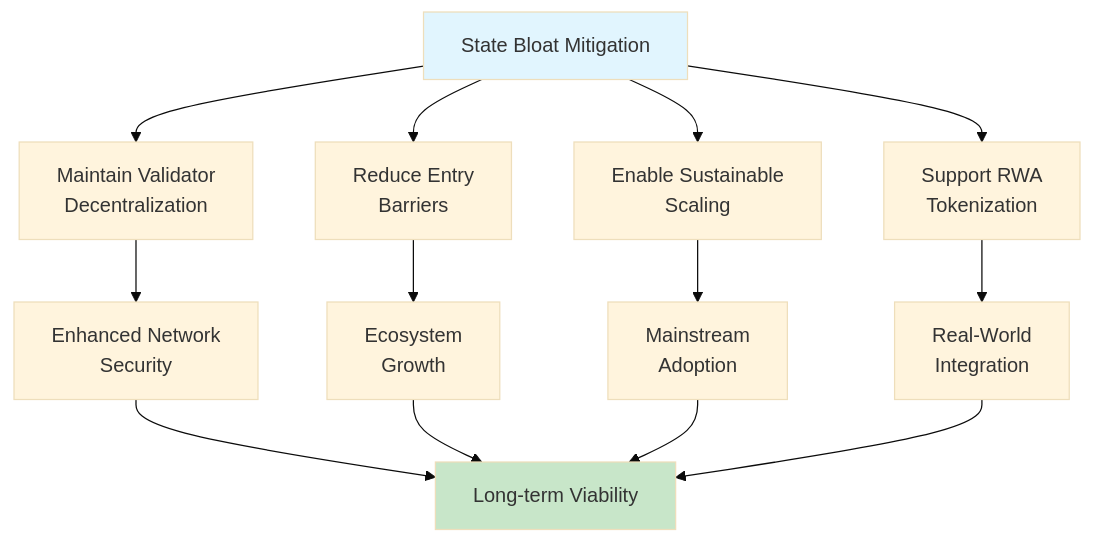
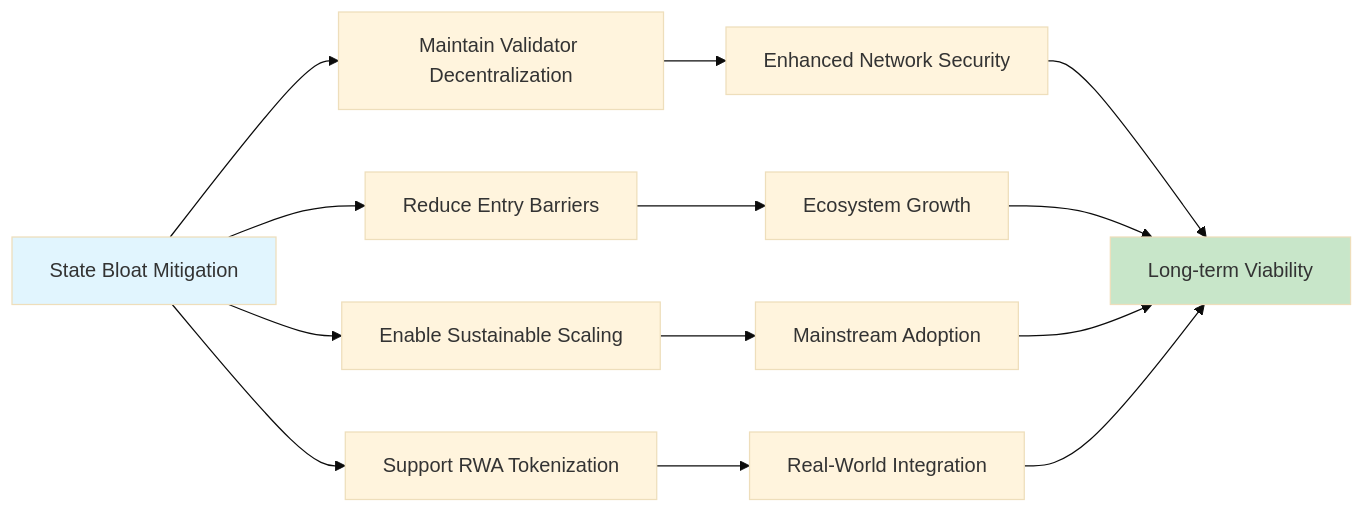
Before and after one commit to manolaz/solana-states-bloat: the ninth of 9 diagrams in README.md, drawn with Mermaid (base theme). The commit also changed other lines of this file, not shown here.

Commit message:
Refactor mermaid diagrams in README.md for improved clarity and consistency in titles and flow direction

````diff
--- a/README.md
+++ b/README.md
@@ -554,20 +554,20 @@
 ```mermaid
-flowchart TD
-    A[State Bloat Mitigation] --> B[Maintain Validator<br/>Decentralization]
-    A --> C[Reduce Entry<br/>Barriers]
-    A --> D[Enable Sustainable<br/>Scaling]
-    A --> E[Support RWA<br/>Tokenization]
+flowchart LR
+    A[State Bloat Mitigation] --> B[Maintain Validator Decentralization]
+    A --> C[Reduce Entry Barriers]
+    A --> D[Enable Sustainable Scaling]
+    A --> E[Support RWA Tokenization]
     
-    B --> F[Enhanced Network<br/>Security]
-    C --> G[Ecosystem<br/>Growth]
-    D --> H[Mainstream<br/>Adoption]
-    E --> I[Real-World<br/>Integration]
+    B --> F[Enhanced Network Security]
+    C --> G[Ecosystem Growth]
+    D --> H[Mainstream Adoption]
+    E --> I[Real-World Integration]
     
     F --> J[Long-term Viability]
     G --> J
     H --> J
     I --> J
     
     style A fill:#e1f5fe
     style J fill:#c8e6c9
 ```
````
